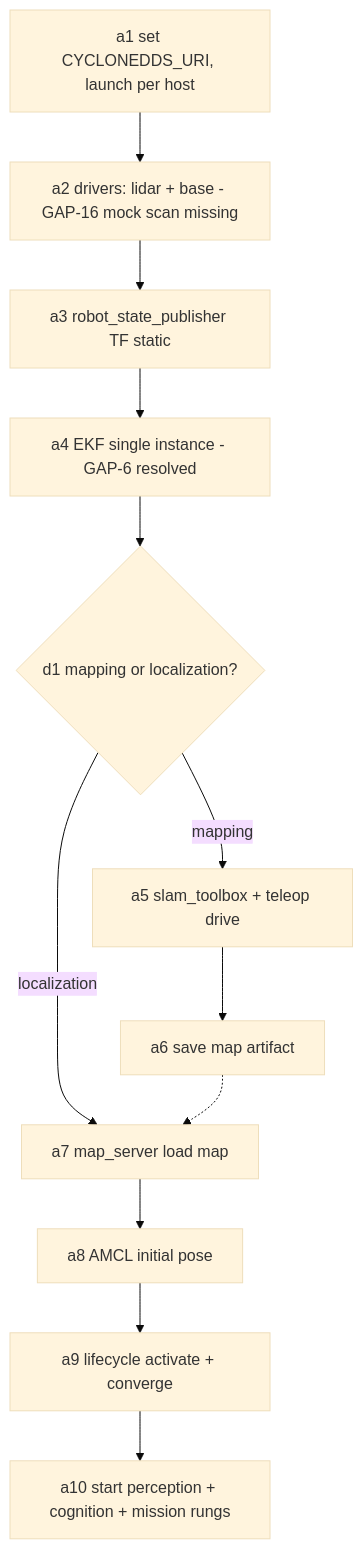
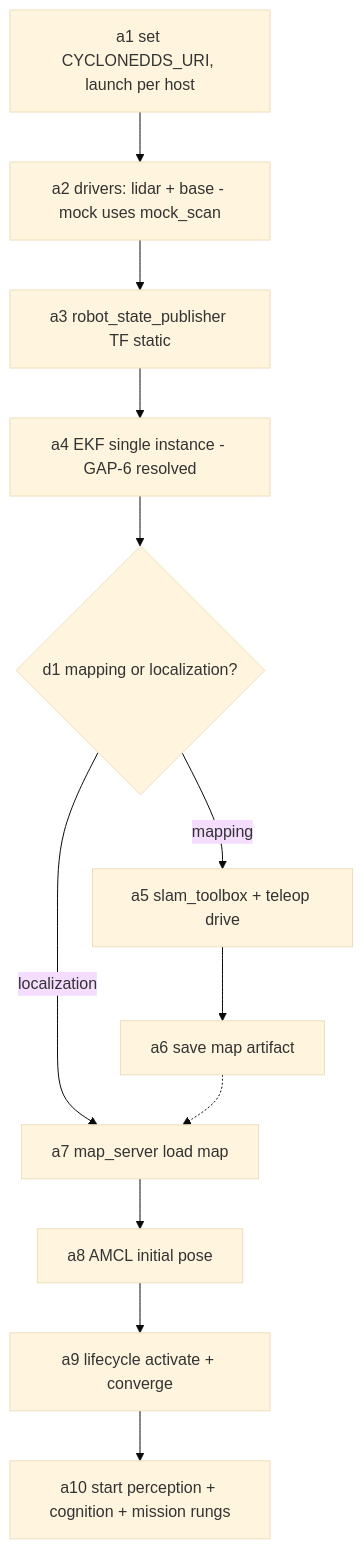
Diagram 14 of 14 in docs/md/MBSE_SYSTEM_DECOMPOSITION.md (sean-mackenzie/billie-bot-claude), drawn with Mermaid (base theme) before and after one commit. The commit also changed other lines of this file and 2 other files, not shown here.

````diff
--- a/docs/md/MBSE_SYSTEM_DECOMPOSITION.md
+++ b/docs/md/MBSE_SYSTEM_DECOMPOSITION.md
@@ -992,11 +992,11 @@
 ```mermaid
 flowchart TD
-    A1["a1 set CYCLONEDDS_URI, launch per host"] --> A2["a2 drivers: lidar + base - GAP-16 mock scan missing"]
+    A1["a1 set CYCLONEDDS_URI, launch per host"] --> A2["a2 drivers: lidar + base - mock uses mock_scan"]
     A2 --> A3["a3 robot_state_publisher TF static"]
     A3 --> A4["a4 EKF single instance - GAP-6 resolved"]
     A4 --> D1{"d1 mapping or localization?"}
     D1 -- mapping --> A5["a5 slam_toolbox + teleop drive"] --> A6["a6 save map artifact"]
     D1 -- localization --> A7["a7 map_server load map"] --> A8["a8 AMCL initial pose"] --> A9["a9 lifecycle activate + converge"]
     A6 -.-> A7
     A9 --> A10["a10 start perception + cognition + mission rungs"]
 ```
````
